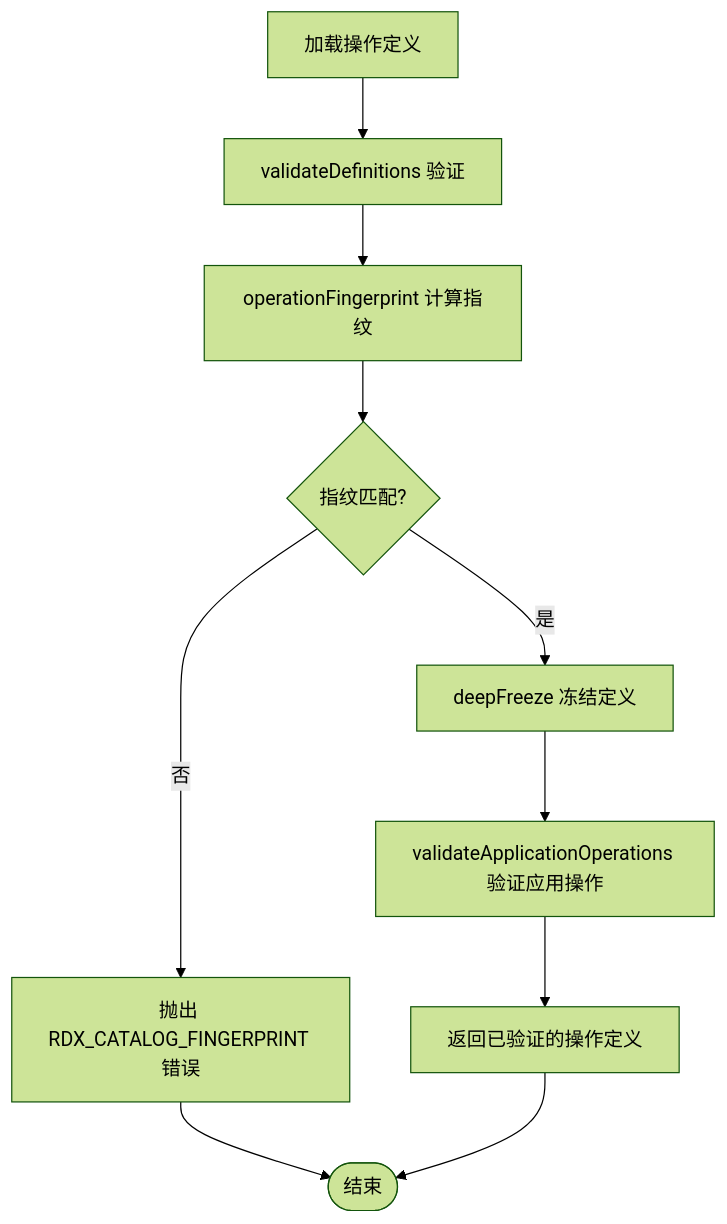
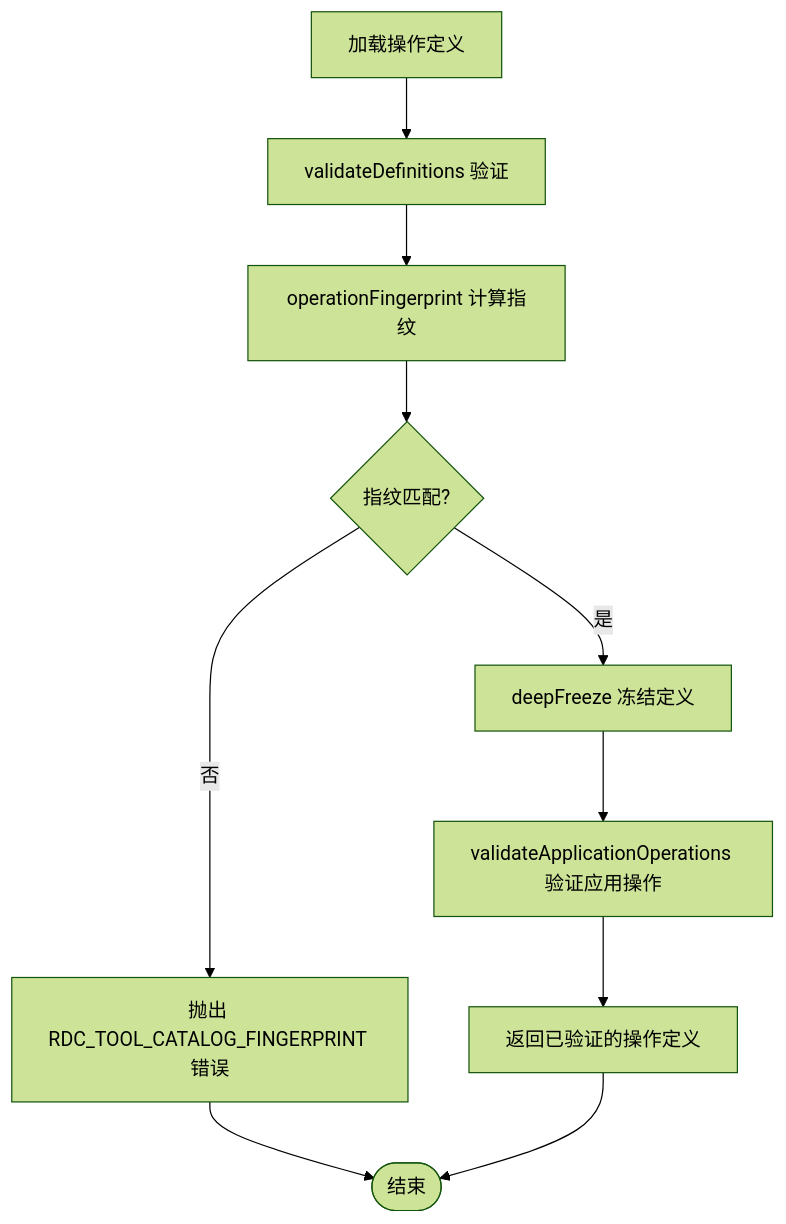
The ninth of 17 diagrams in .qoder/repowiki/zh/content/核心模块/工具系统/工具系统.md (haolange/RDC-Agent), drawn with Mermaid (forest theme) before and after one commit. The commit also changed other lines of this file and 557 other files, not shown here.

First line of the commit message:
Unify RDC-Agent identity and canonical RDC-Tool integration

````diff
--- a/.qoder/repowiki/zh/content/核心模块/工具系统/工具系统.md
+++ b/.qoder/repowiki/zh/content/核心模块/工具系统/工具系统.md
@@ -445,12 +445,12 @@
 ```mermaid
 flowchart TD
 Load["加载操作定义"] --> Validate["validateDefinitions 验证"]
 Validate --> Fingerprint["operationFingerprint 计算指纹"]
 Fingerprint --> Match{"指纹匹配?"}
 Match --> |是| Freeze["deepFreeze 冻结定义"]
-Match --> |否| Error["抛出 RDX_CATALOG_FINGERPRINT 错误"]
+Match --> |否| Error["抛出 RDC_TOOL_CATALOG_FINGERPRINT 错误"]
 Freeze --> AppOps["validateApplicationOperations 验证应用操作"]
 AppOps --> Success["返回已验证的操作定义"]
 Error --> End(["结束"])
 Success --> End
 ```
````
